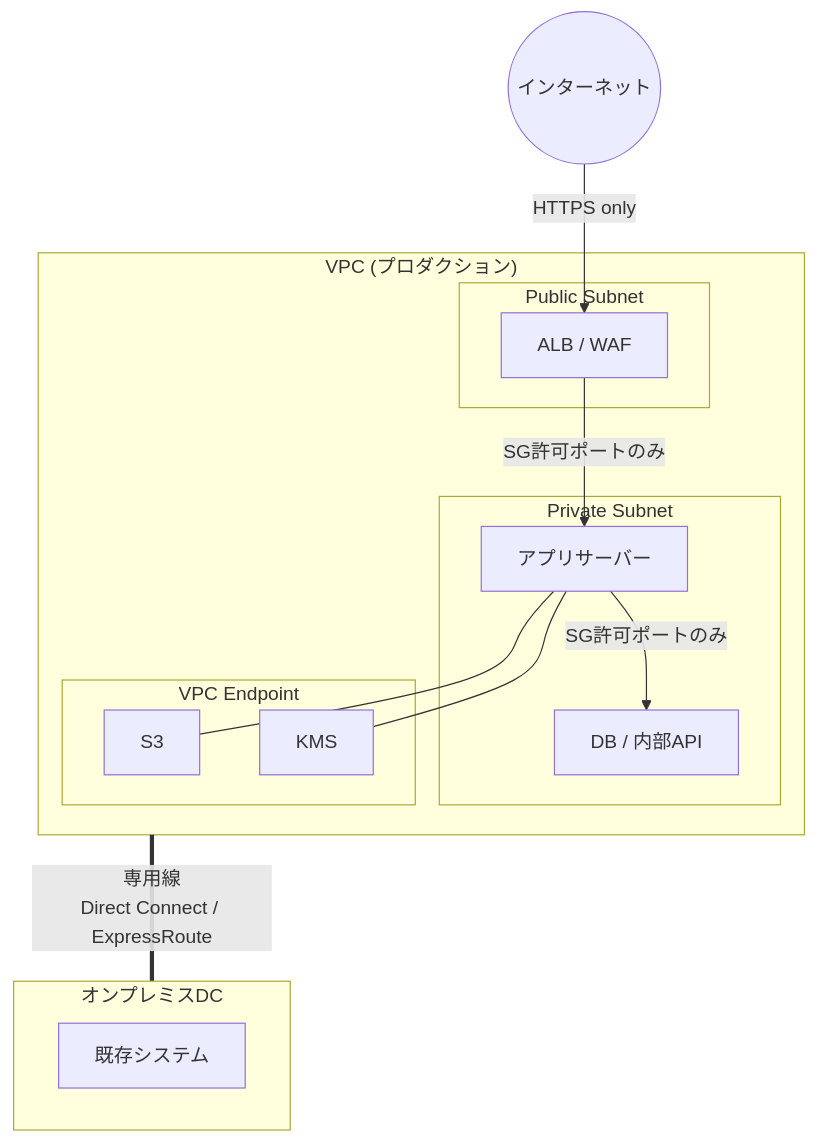
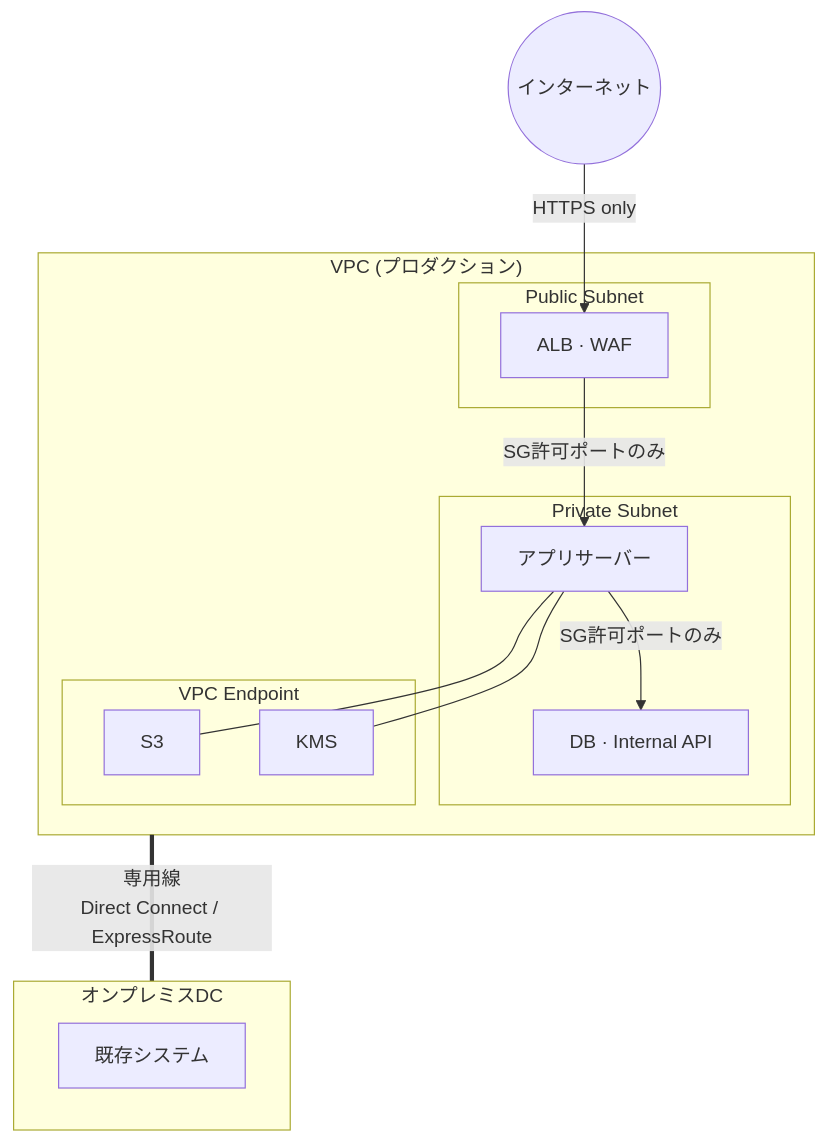
One commit to cloudpickr/cloudpick-docs changed the diagram in src/content/docs/ja/security/network-isolation.md. Above: the diagram before and after it, drawn with Mermaid. The commit also changed 29 other files, not shown here.

First line of the commit message:
fix: Mermaid 전수조사 — 노드 라벨 슬래시 13건 수정 (ko/en/ja)

````diff
--- a/src/content/docs/ja/security/network-isolation.md
+++ b/src/content/docs/ja/security/network-isolation.md
@@ -126,28 +126,28 @@
 ```mermaid
 flowchart TB
     subgraph VPC["VPC (プロダクション)"]
         subgraph pub["Public Subnet"]
-            ALB[ALB / WAF]
+            ALB[ALB · WAF]
         end
         subgraph priv["Private Subnet"]
             APP[アプリサーバー]
-            DB[DB / 内部API]
+            DB[DB · Internal API]
         end
         subgraph ep["VPC Endpoint"]
             S3EP[S3]
             KMSEP[KMS]
         end
     end
 
     Internet((インターネット)) -->|HTTPS only| ALB
     ALB -->|SG許可ポートのみ| APP
     APP -->|SG許可ポートのみ| DB
     APP --- S3EP
     APP --- KMSEP
 
     subgraph OnPrem["オンプレミスDC"]
         Legacy[既存システム]
     end
 
     VPC ===|専用線\nDirect Connect / ExpressRoute| OnPrem
 ```
````
